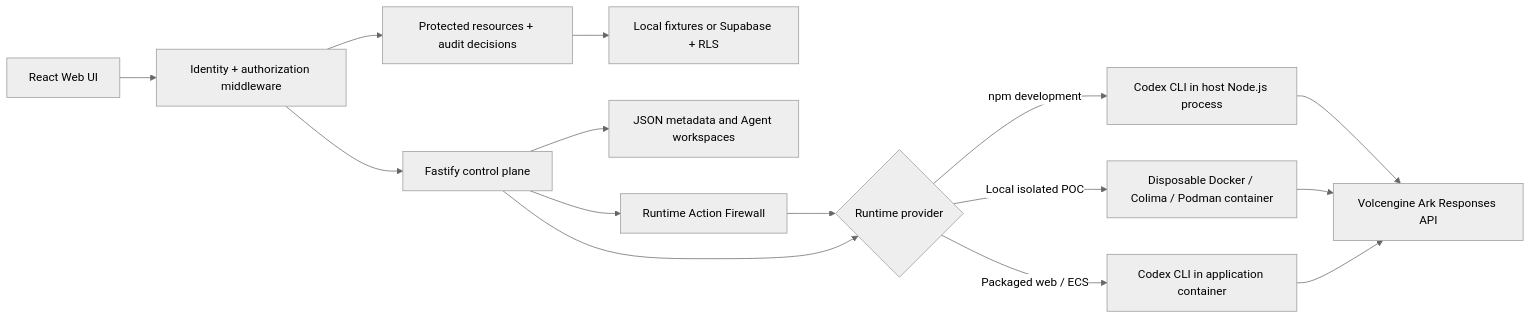
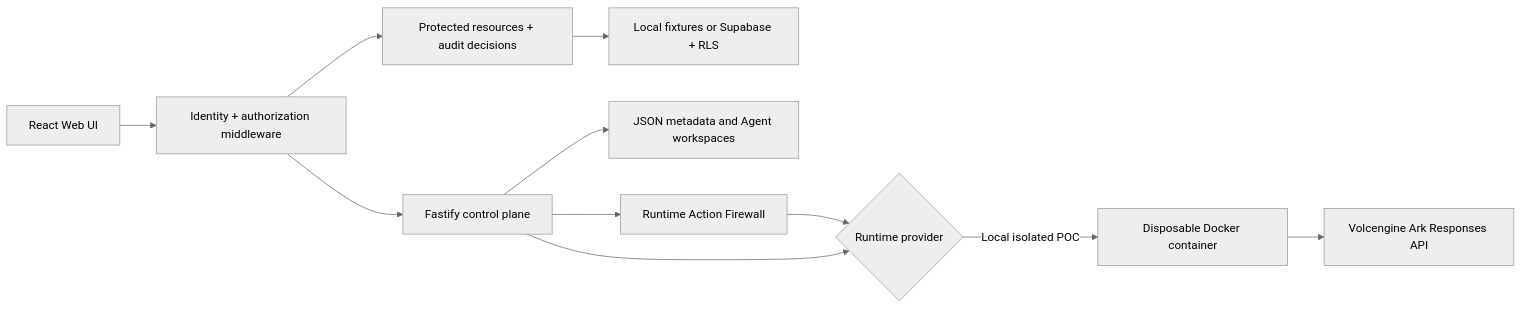
The diagram in README.md (alsonsim/Agent_Trust_Gateway), drawn with Mermaid (neutral theme) before and after one commit. The commit also changed other lines of this file, not shown here.

````diff
--- a/README.md
+++ b/README.md
@@ -392,17 +324,13 @@
 ```mermaid
 flowchart LR
     UI["React Web UI"] --> Auth["Identity + authorization middleware"]
     Auth --> API["Fastify control plane"]
     Auth --> Policy["Protected resources + audit decisions"]
     Policy --> Supabase["Local fixtures or Supabase + RLS"]
     API --> Store["JSON metadata and Agent workspaces"]
     API --> Firewall["Runtime Action Firewall"]
     Firewall --> Runtime
     API --> Runtime{"Runtime provider"}
-    Runtime -->|npm development| Host["Codex CLI in host Node.js process"]
-    Runtime -->|Packaged web / ECS| Codex["Codex CLI in application container"]
-    Runtime -->|Local isolated POC| Container["Disposable Docker / Colima / Podman container"]
-    Host --> Ark
+    Runtime -->|Local isolated POC| Container["Disposable Docker container"]
     Container --> Ark["Volcengine Ark Responses API"]
-    Codex --> Ark
 ```
````
